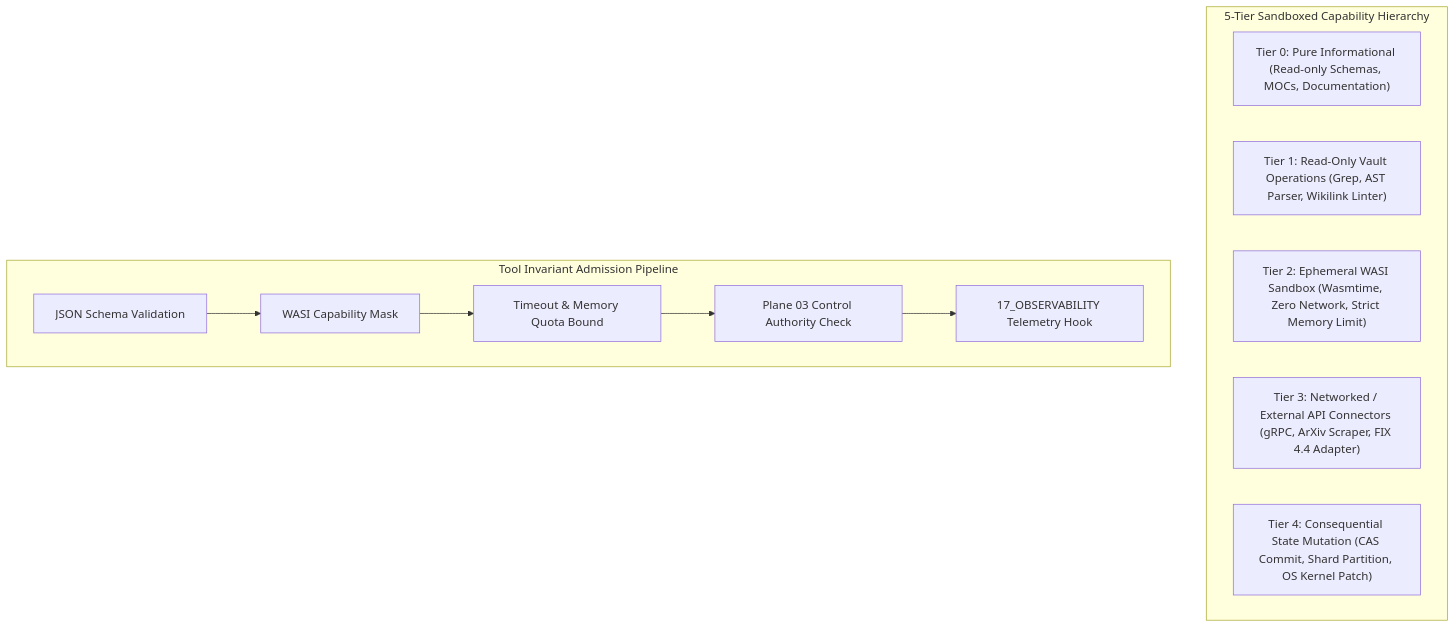
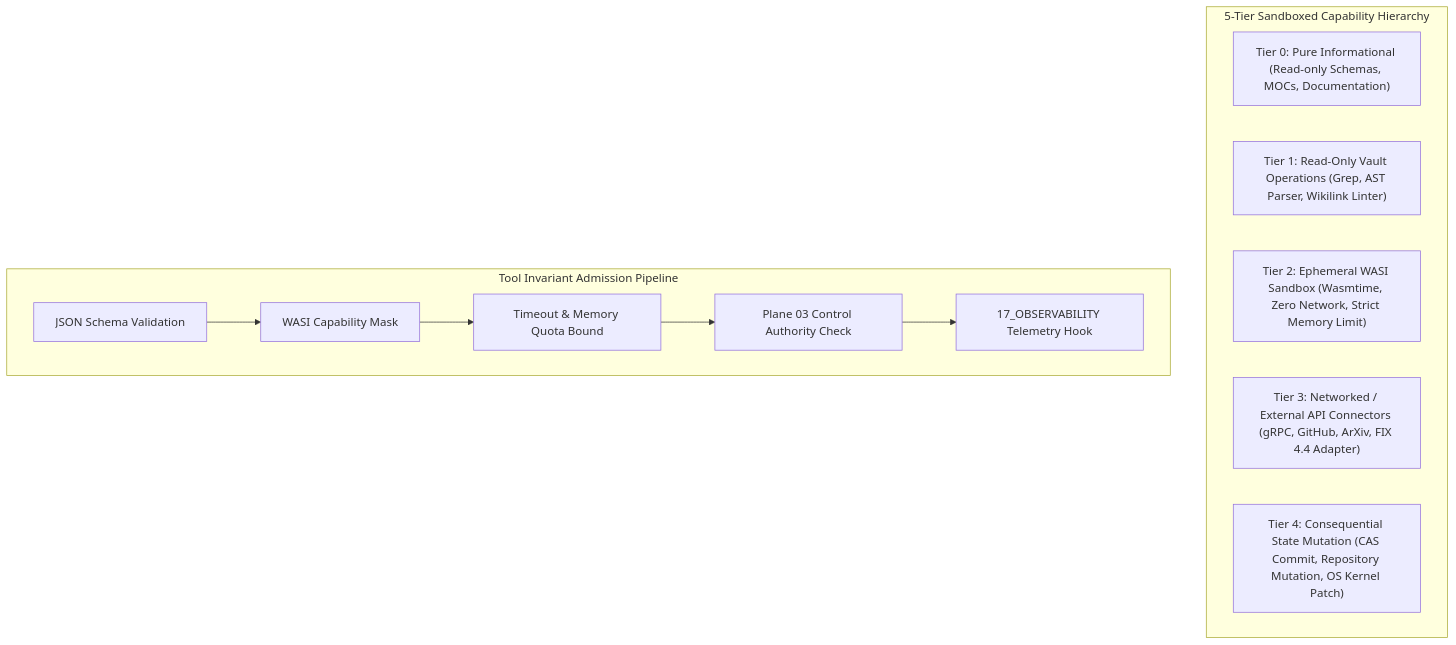
One commit to trangyp/AMOS-OS changed the diagram in 14_TOOLS/TOOL_REGISTRY_MASTER.md. Above: the diagram before and after it, drawn with Mermaid. The commit also changed other lines of this file, not shown here.

Commit message:
Register governed GitHub research adapter

````diff
--- a/14_TOOLS/TOOL_REGISTRY_MASTER.md
+++ b/14_TOOLS/TOOL_REGISTRY_MASTER.md
@@ -38,17 +38,17 @@
 ```mermaid
 graph TD
     subgraph SecurityTiers ["5-Tier Sandboxed Capability Hierarchy"]
         T0["Tier 0: Pure Informational (Read-only Schemas, MOCs, Documentation)"]
         T1["Tier 1: Read-Only Vault Operations (Grep, AST Parser, Wikilink Linter)"]
         T2["Tier 2: Ephemeral WASI Sandbox (Wasmtime, Zero Network, Strict Memory Limit)"]
-        T3["Tier 3: Networked / External API Connectors (gRPC, ArXiv Scraper, FIX 4.4 Adapter)"]
-        T4["Tier 4: Consequential State Mutation (CAS Commit, Shard Partition, OS Kernel Patch)"]
+        T3["Tier 3: Networked / External API Connectors (gRPC, GitHub, ArXiv, FIX 4.4 Adapter)"]
+        T4["Tier 4: Consequential State Mutation (CAS Commit, Repository Mutation, OS Kernel Patch)"]
     end
 
     subgraph AdmissionGates ["Tool Invariant Admission Pipeline"]
         VAL["JSON Schema Validation"] --> CAPS["WASI Capability Mask"]
         CAPS --> TIME["Timeout & Memory Quota Bound"]
         TIME --> AUTH["Plane 03 Control Authority Check"]
         AUTH --> TELE["17_OBSERVABILITY Telemetry Hook"]
     end
 ```
````
